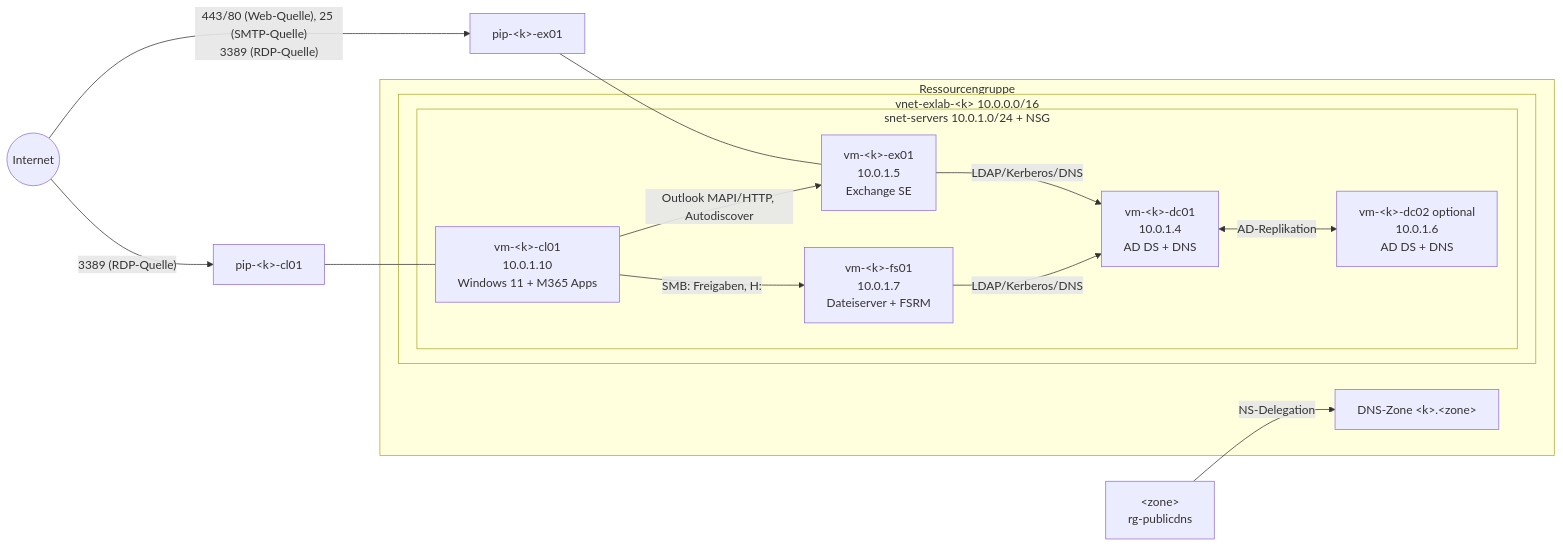
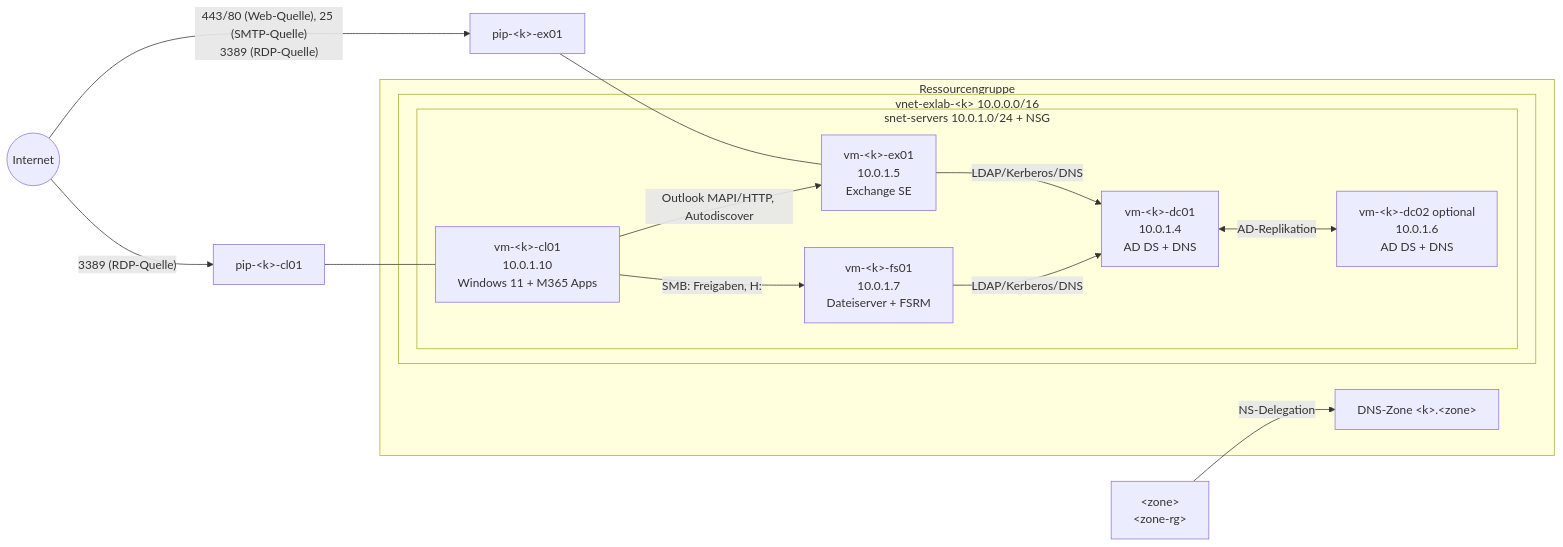
The diagram in docs/de/architecture.md (sredlin/TraineeLab), drawn with Mermaid before and after one commit. The commit also changed other lines of this file and 8 other files, not shown here.

First line of the commit message:
feat(dns): require resource group of the parent DNS zone as input

````diff
--- a/docs/de/architecture.md
+++ b/docs/de/architecture.md
@@ -9,25 +9,25 @@
 ```mermaid
 flowchart LR
     Internet((Internet)) -->|"443/80 (Web-Quelle), 25 (SMTP-Quelle)\n3389 (RDP-Quelle)"| PIP[pip-&lt;k&gt;-ex01]
     Internet -->|"3389 (RDP-Quelle)"| PIPCL[pip-&lt;k&gt;-cl01]
     subgraph RG[Ressourcengruppe]
         subgraph VNET[vnet-exlab-&lt;k&gt; 10.0.0.0/16]
             subgraph SNET[snet-servers 10.0.1.0/24 + NSG]
                 DC[vm-&lt;k&gt;-dc01<br/>10.0.1.4<br/>AD DS + DNS]
                 DC2[vm-&lt;k&gt;-dc02 optional<br/>10.0.1.6<br/>AD DS + DNS]
                 EX[vm-&lt;k&gt;-ex01<br/>10.0.1.5<br/>Exchange SE]
                 CL[vm-&lt;k&gt;-cl01<br/>10.0.1.10<br/>Windows 11 + M365 Apps]
                 FS[vm-&lt;k&gt;-fs01<br/>10.0.1.7<br/>Dateiserver + FSRM]
             end
         end
         ZONE[DNS-Zone &lt;k&gt;.&lt;zone&gt;]
     end
     PIP --- EX
     PIPCL --- CL
     EX -->|LDAP/Kerberos/DNS| DC
     CL -->|Outlook MAPI/HTTP, Autodiscover| EX
     CL -->|SMB: Freigaben, H:| FS
     FS -->|LDAP/Kerberos/DNS| DC
     DC <-->|AD-Replikation| DC2
-    PARENT[&lt;zone&gt;<br/>rg-publicdns] -->|NS-Delegation| ZONE
+    PARENT[&lt;zone&gt;<br/>&lt;zone-rg&gt;] -->|NS-Delegation| ZONE
 ```
````
